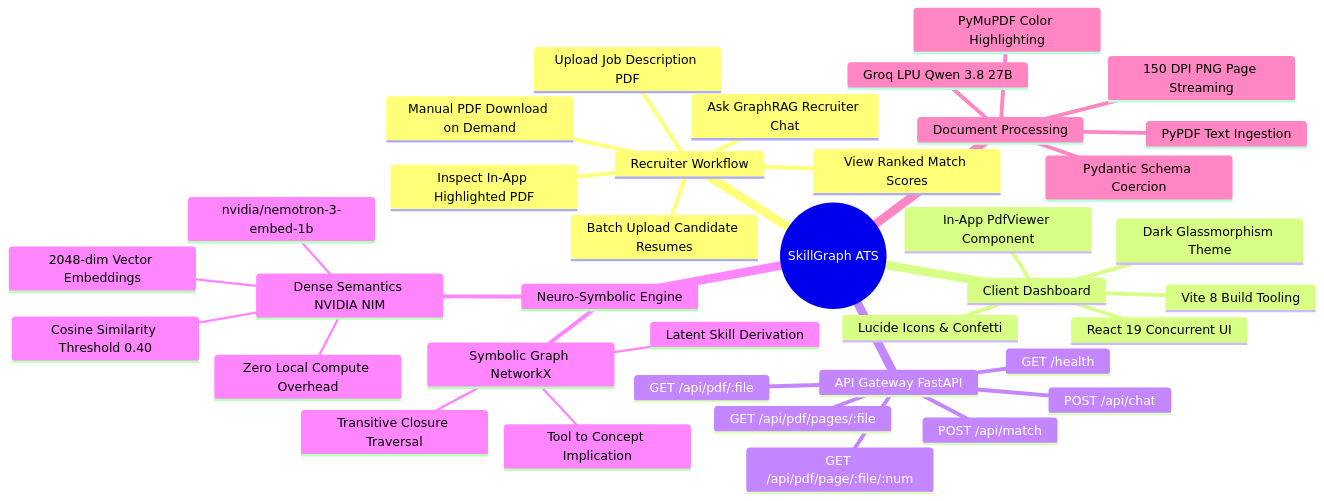
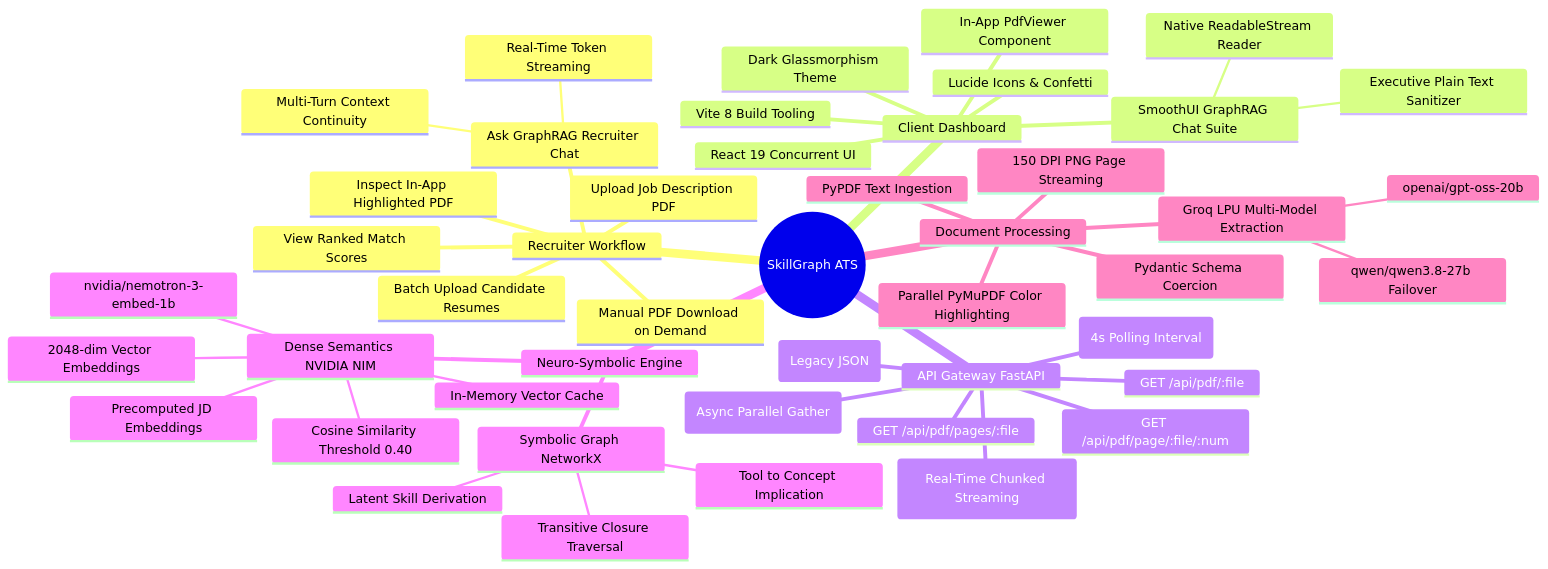
The diagram in README.md (sxrabx/SkillGraph-ats), drawn with Mermaid before and after one commit. The commit also changed other lines of this file and 13 other files, not shown here.

Commit message:
feat(v2.1): real-time streaming, multi-turn chat memory, parallel async matching, and performance optimizations

````diff
--- a/README.md
+++ b/README.md
@@ -83,40 +85,49 @@
 ```mermaid
 mindmap
   root((SkillGraph ATS))
     Recruiter Workflow
       Upload Job Description PDF
       Batch Upload Candidate Resumes
       View Ranked Match Scores
       Inspect In-App Highlighted PDF
       Manual PDF Download on Demand
       Ask GraphRAG Recruiter Chat
+        Real-Time Token Streaming
+        Multi-Turn Context Continuity
     Client Dashboard
       React 19 Concurrent UI
       Vite 8 Build Tooling
       Lucide Icons & Confetti
       Dark Glassmorphism Theme
       In-App PdfViewer Component
+      SmoothUI GraphRAG Chat Suite
+        Native ReadableStream Reader
+        Executive Plain Text Sanitizer
     API Gateway FastAPI
-      POST /api/match
-      POST /api/chat
+      POST /api/match (Async Parallel Gather)
+      POST /api/chat (Legacy JSON)
+      POST /api/chat/stream (Real-Time Chunked Streaming)
       GET /api/pdf/pages/:file
       GET /api/pdf/page/:file/:num
       GET /api/pdf/:file
-      GET /health
+      GET /health (4s Polling Interval)
     Neuro-Symbolic Engine
       Symbolic Graph NetworkX
         Tool to Concept Implication
         Transitive Closure Traversal
         Latent Skill Derivation
       Dense Semantics NVIDIA NIM
         nvidia/nemotron-3-embed-1b
         2048-dim Vector Embeddings
-        Zero Local Compute Overhead
+        In-Memory Vector Cache
+        Precomputed JD Embeddings
         Cosine Similarity Threshold 0.40
     Document Processing
       PyPDF Text Ingestion
-      Groq LPU Qwen 3.8 27B
+      Groq LPU Multi-Model Extraction
+        openai/gpt-oss-20b
+        qwen/qwen3.8-27b Failover
       Pydantic Schema Coercion
-      PyMuPDF Color Highlighting
+      Parallel PyMuPDF Color Highlighting
       150 DPI PNG Page Streaming
 ```
````
